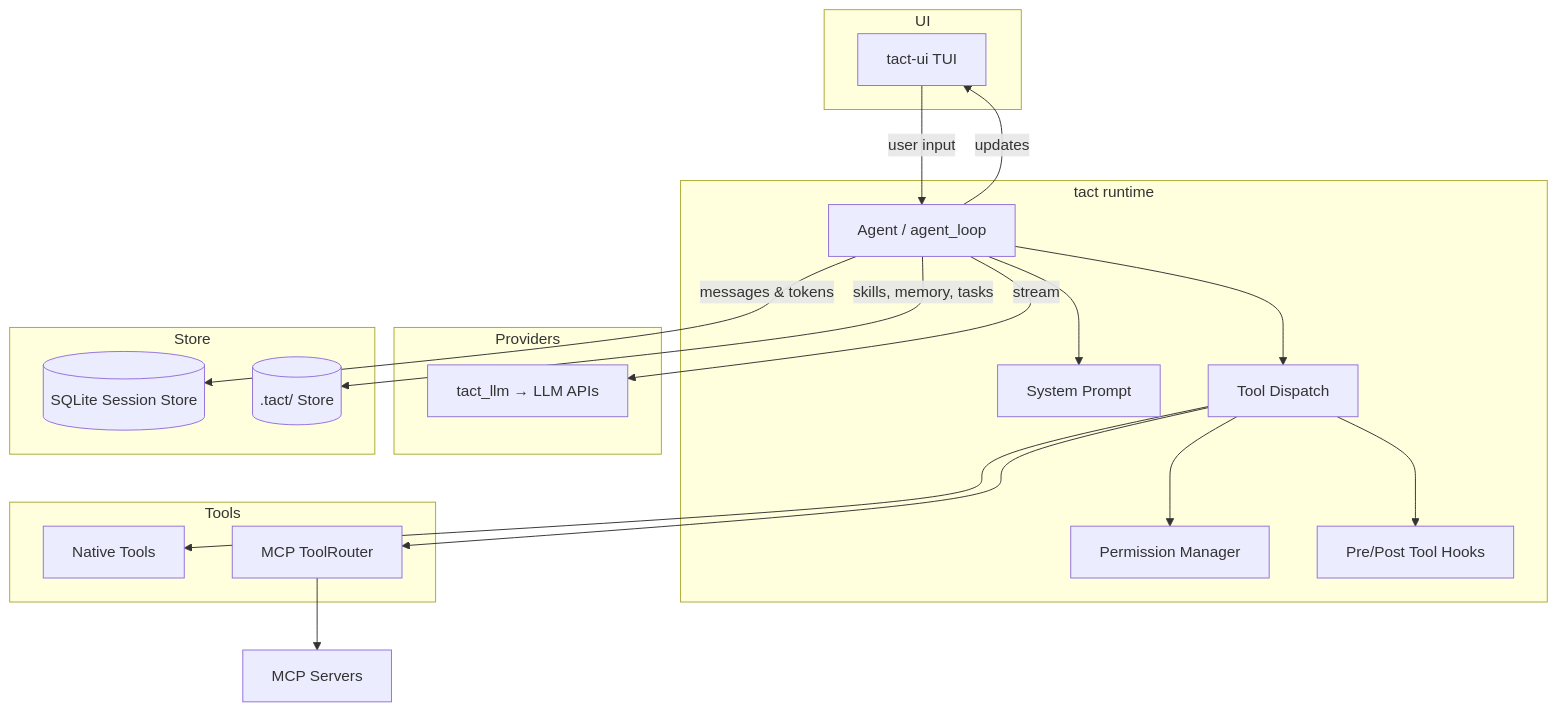
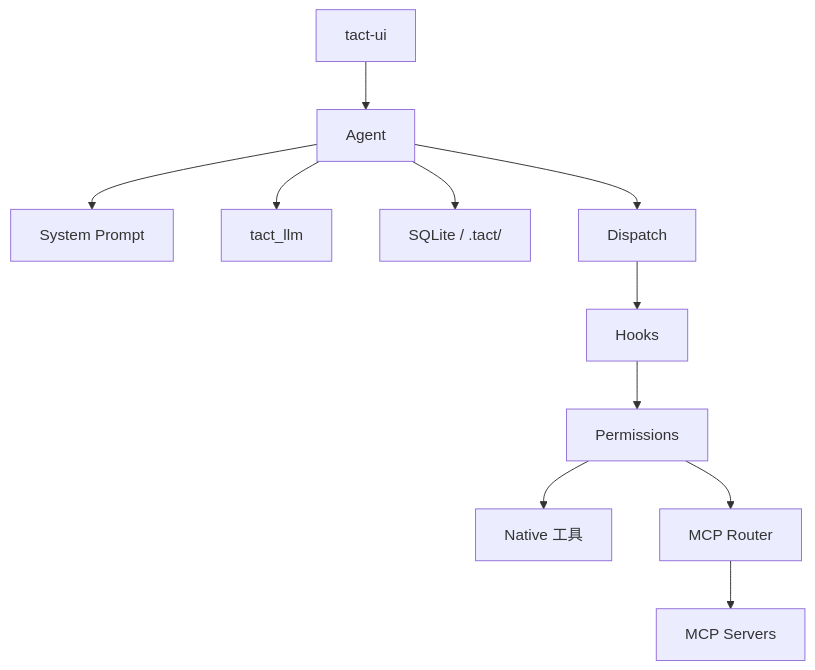
The diagram in book/index_zh.md (rust-infra/tact), drawn with Mermaid before and after one commit. The commit also changed other lines of this file and 303 other files, not shown here.

First line of the commit message:
feat: codex hook and mcp parity, a permission popup with more than two widths, and the tui's copy affordances (#83)

````diff
--- a/book/index_zh.md
+++ b/book/index_zh.md
@@ -61,43 +48,13 @@
 ```mermaid
-graph TB
-    subgraph UI
-        TUI[tact-ui TUI]
-    end
-
-    subgraph Runtime["tact runtime"]
-        Agent[Agent / agent_loop]
-        Prompt[System Prompt]
-        Dispatch[Tool Dispatch]
-        Permissions[Permission Manager]
-        Hooks[Pre/Post Tool Hooks]
-    end
-
-    subgraph Tools
-        Native[Native Tools]
-        MCP[MCP ToolRouter]
-    end
-
-    subgraph Providers
-        LLM[tact_llm → LLM APIs]
-    end
-
-    subgraph Store
-        SQLite[(SQLite Session Store)]
-        Files[(.tact/ Store)]
-    end
-
-    MCPSrv[MCP Servers]
-
-    TUI -->|user input| Agent
-    Agent -->|updates| TUI
-    Agent --> Prompt
-    Agent -->|stream| LLM
-    Agent --> Dispatch
-    Dispatch --> Hooks
-    Dispatch --> Permissions
-    Dispatch --> Native
-    Dispatch --> MCP
-    MCP --> MCPSrv
-    Agent -->|messages & tokens| SQLite
-    Agent -->|skills, memory, tasks| Files
+graph TD
+    tui[tact-ui] --> agent[Agent]
+    agent --> sp[System Prompt]
+    agent --> llm[tact_llm]
+    agent --> db[SQLite / .tact/]
+    agent --> dispatch[Dispatch]
+    dispatch --> hooks[Hooks]
+    hooks --> perms[Permissions]
+    perms --> native[Native 工具]
+    perms --> mcp[MCP Router]
+    mcp --> servers[MCP Servers]
 ```
````
